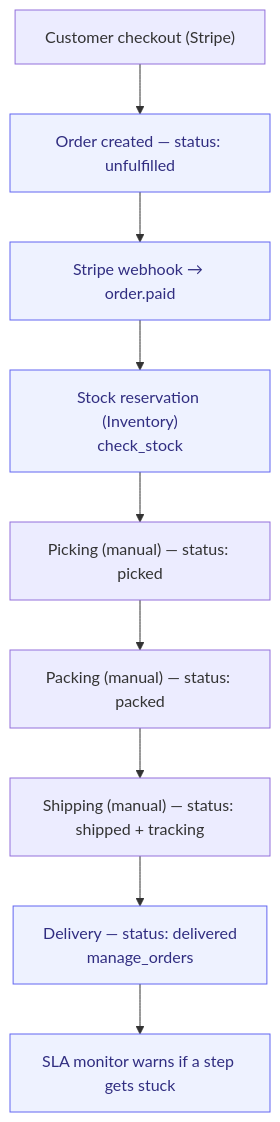
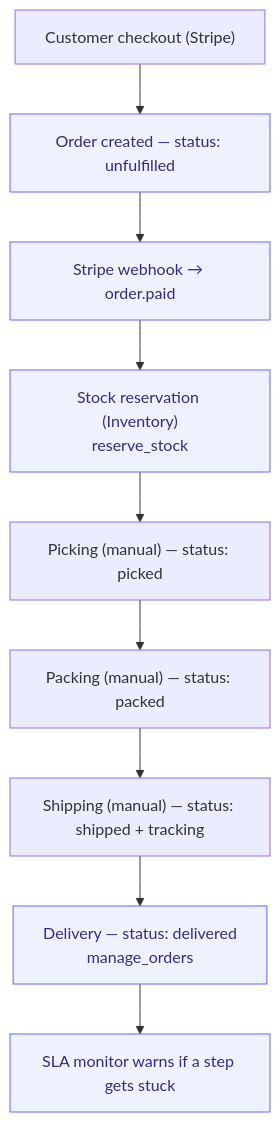
One commit to magnusfroste/flowwink changed the diagram in docs/processes/order-to-delivery.md. Above: the diagram before and after it, drawn with Mermaid. The commit also changed other lines of this file and 12 other files, not shown here.

````diff
--- a/docs/processes/order-to-delivery.md
+++ b/docs/processes/order-to-delivery.md
@@ -27,14 +27,14 @@
 ```mermaid
 flowchart TD
     A["Customer checkout (Stripe)"] --> B["Order created — status: unfulfilled"]
     B --> C["Stripe webhook → order.paid"]
-    C --> D["Stock reservation (Inventory)<br/>check_stock"]
+    C --> D["Stock reservation (Inventory)<br/>reserve_stock"]
     D --> E["Picking (manual) — status: picked"]
     E --> F["Packing (manual) — status: packed"]
     F --> G["Shipping (manual) — status: shipped + tracking"]
     G --> H["Delivery — status: delivered<br/>manage_orders"]
     H --> I["SLA monitor warns if a step gets stuck"]
 
     classDef agent fill:#eef2ff,stroke:#6366f1,color:#312e81;
     class B,C,D,H,I agent
 ```
````
